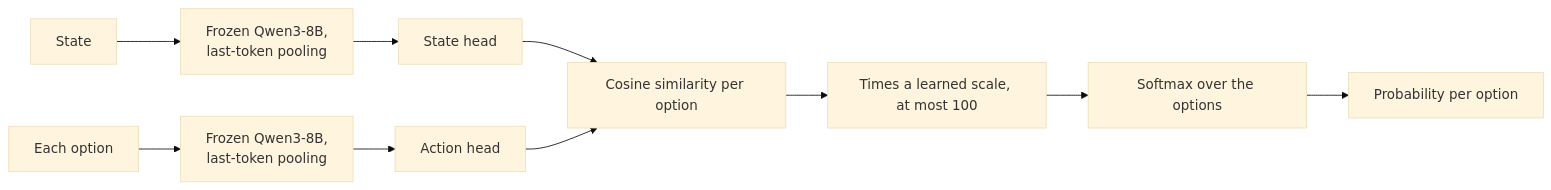
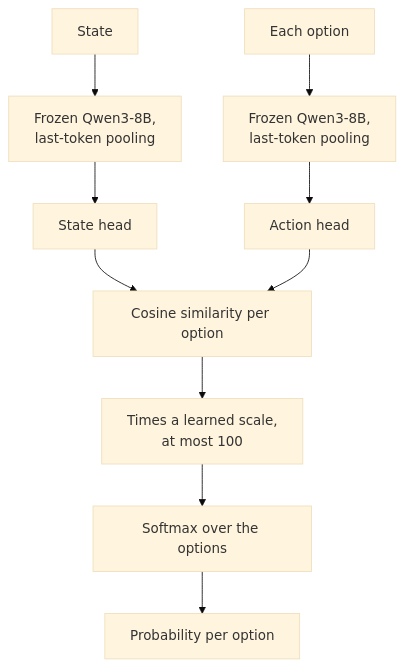
Before and after one commit to fontlaborg/ornotto: the seventh of 7 diagrams in src_docs/md/03-engines.md, drawn with Mermaid (base theme). The commit also changed other lines of this file and 10 other files, not shown here.

Commit message:
Make the diagrams legible and match the theme

````diff
--- a/src_docs/md/03-engines.md
+++ b/src_docs/md/03-engines.md
@@ -280,12 +286,13 @@
 ```mermaid
-flowchart LR
+%%{init: {"flowchart": {"useMaxWidth": false}}}%%
+flowchart TD
     S["State"] --> B1["Frozen Qwen3-8B,<br>last-token pooling"]
     O["Each option"] --> B2["Frozen Qwen3-8B,<br>last-token pooling"]
     B1 --> H1["State head"]
     B2 --> H2["Action head"]
     H1 --> C["Cosine similarity per option"]
     H2 --> C
-    C --> K["Times a learned scale, at most 100"]
+    C --> K["Times a learned scale,<br>at most 100"]
     K --> X["Softmax over the options"]
     X --> R["Probability per option"]
 ```
````
